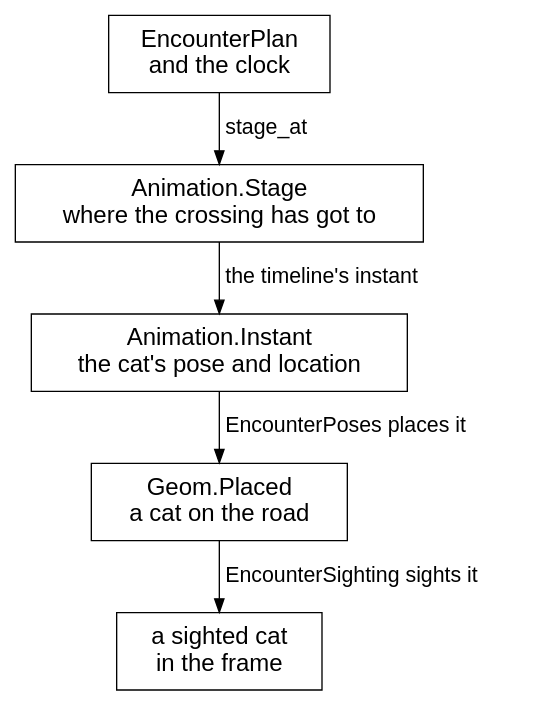
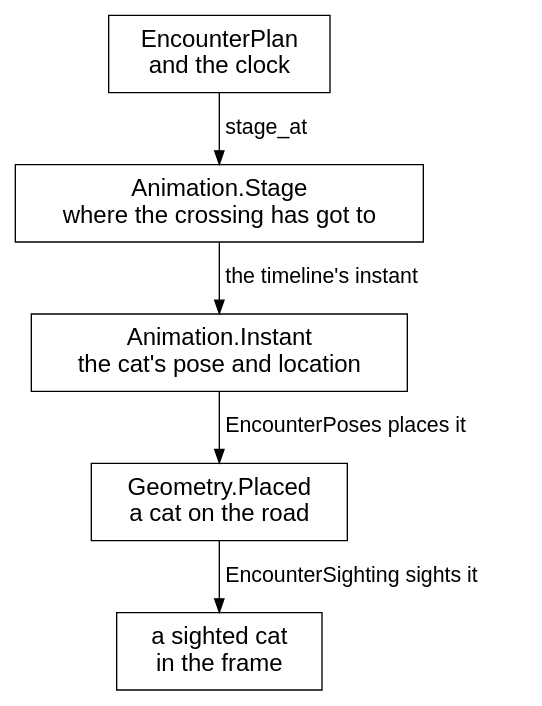
One commit to showell/roc-apps changed diagram 11 of 15 in canvas_apps/safari/tutorial/tutorial.md. Above: the diagram before and after it, drawn with Graphviz. The commit also changed other lines of this file and 59 other files, not shown here.

````diff
--- a/canvas_apps/safari/tutorial/tutorial.md
+++ b/canvas_apps/safari/tutorial/tutorial.md
@@ -1978,18 +1978,18 @@
 ```dot
 digraph cat {
   rankdir=TB;
   nodesep=0.6;
   ranksep=0.5;
   node [shape=box, fontname="Helvetica", fontsize=18, margin="0.25,0.12"];
   edge [fontname="Helvetica", fontsize=16];
   plan [label="EncounterPlan\nand the clock"];
   stage [label="Animation.Stage\nwhere the crossing has got to"];
   instant [label="Animation.Instant\nthe cat's pose and location"];
-  placed [label="Geom.Placed\na cat on the road"];
+  placed [label="Geometry.Placed\na cat on the road"];
   sighted [label="a sighted cat\nin the frame"];
   plan -> stage [label="  stage_at\l"];
   stage -> instant [label="  the timeline's instant\l"];
   instant -> placed [label="  EncounterPoses places it\l"];
   placed -> sighted [label="  EncounterSighting sights it\l"];
 }
 ```
````
